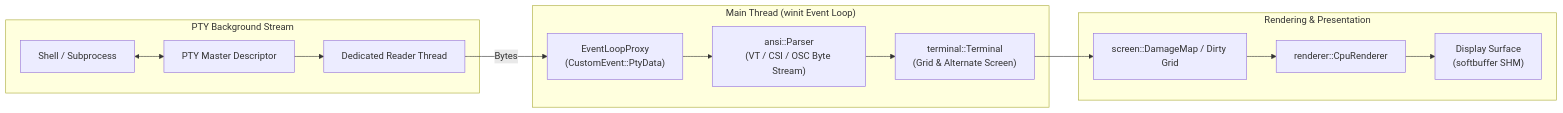
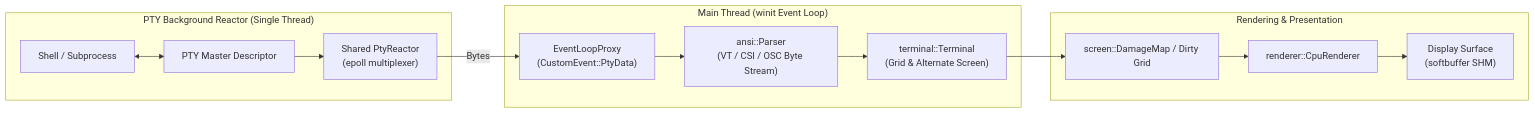
The third of 3 diagrams in docs/ARCHITECTURE.md (lnoxsian/Velox), drawn with Mermaid before and after one commit. The commit also changed other lines of this file and 38 other files, not shown here.

````diff
--- a/docs/ARCHITECTURE.md
+++ b/docs/ARCHITECTURE.md
@@ -152,28 +152,28 @@
 ```mermaid
 flowchart LR
-    subgraph PTYStream["PTY Background Stream"]
+    subgraph PTYStream["PTY Background Reactor (Single Thread)"]
         Shell["Shell / Subprocess"]
         PTYMaster["PTY Master Descriptor"]
-        PTYReader["Dedicated Reader Thread"]
+        PTYReactor["Shared PtyReactor<br/>(epoll multiplexer)"]
         Shell <--> PTYMaster
-        PTYMaster --> PTYReader
+        PTYMaster --> PTYReactor
     end
 
     subgraph EventLoop["Main Thread (winit Event Loop)"]
         Proxy["EventLoopProxy<br/>(CustomEvent::PtyData)"]
         Parser["ansi::Parser<br/>(VT / CSI / OSC Byte Stream)"]
         Term["terminal::Terminal<br/>(Grid & Alternate Screen)"]
-        PTYReader -->|Bytes| Proxy
+        PTYReactor -->|Bytes| Proxy
         Proxy --> Parser
         Parser --> Term
     end
 
     subgraph RenderSubsystem["Rendering & Presentation"]
         Damage["screen::DamageMap / Dirty Grid"]
         Renderer["renderer::CpuRenderer"]
         Surface["Display Surface<br/>(softbuffer SHM)"]
         Term --> Damage
         Damage --> Renderer
         Renderer --> Surface
     end
 ```
````
